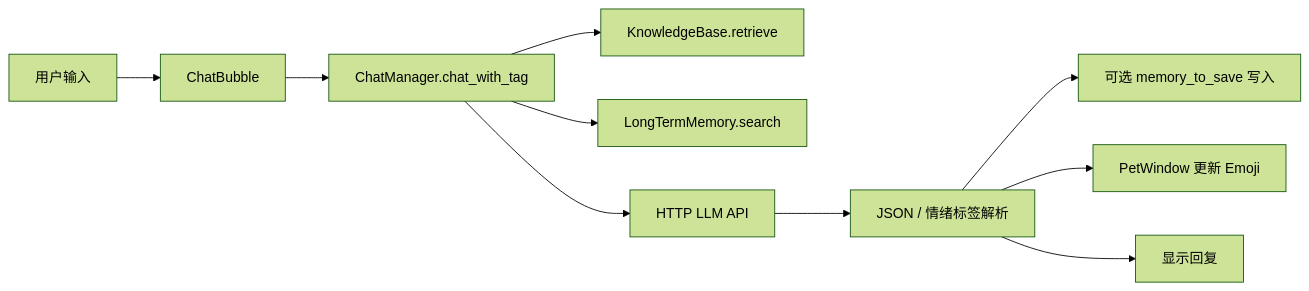
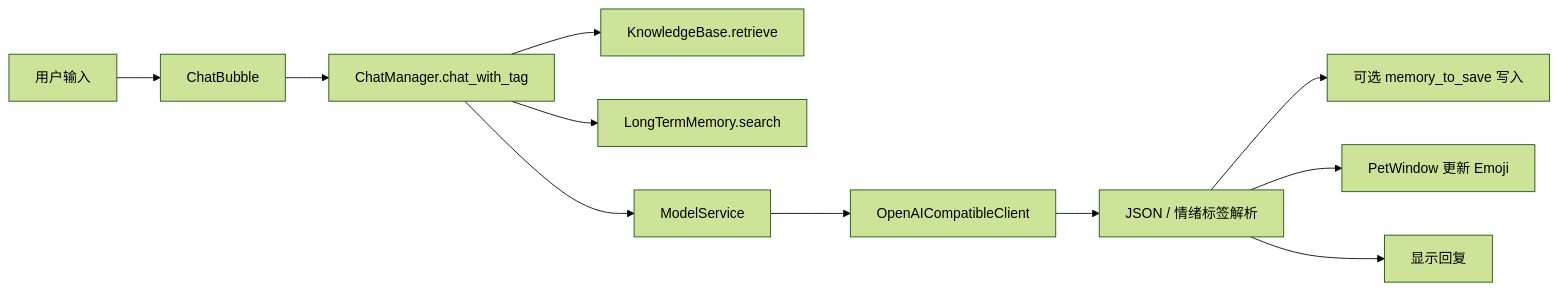
The second of 3 diagrams in docs/03-程序架构.md (CheshireClef/Indra_Desktop_Pet), drawn with Mermaid (forest theme) before and after one commit. The commit also changed other lines of this file and 27 other files, not shown here.

````diff
--- a/docs/03-程序架构.md
+++ b/docs/03-程序架构.md
@@ -62,12 +68,13 @@
 ```mermaid
 flowchart LR
     User[用户输入] --> CB[ChatBubble]
     CB --> CM[ChatManager.chat_with_tag]
     CM --> KB[KnowledgeBase.retrieve]
     CM --> LTM[LongTermMemory.search]
-    CM --> LLM[HTTP LLM API]
+    CM --> MS[ModelService]
+    MS --> LLM[OpenAICompatibleClient]
     LLM --> Parse[JSON / 情绪标签解析]
     Parse --> LTM2[可选 memory_to_save 写入]
     Parse --> PW[PetWindow 更新 Emoji]
     Parse --> CB2[显示回复]
 ```
````
